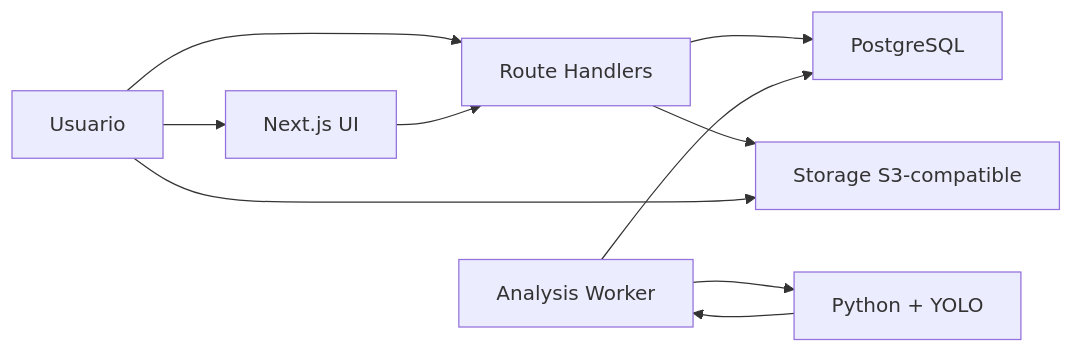
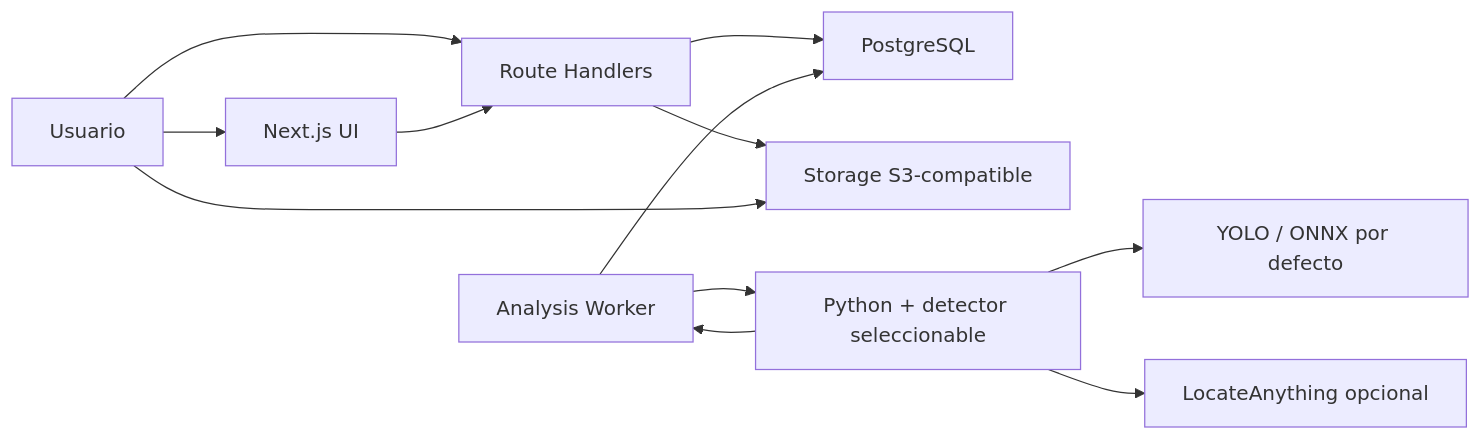
The diagram in docs/ARCHITECTURE.md (ceshez/DRIVXIS-Plataforma-de-analisis-de-futbol), drawn with Mermaid before and after one commit. The commit also changed 134 other files, not shown here.

````diff
--- a/docs/ARCHITECTURE.md
+++ b/docs/ARCHITECTURE.md
@@ -93,12 +93,14 @@
 ```mermaid
 flowchart LR
   U[Usuario] --> W[Next.js UI]
   U --> API[Route Handlers]
   W --> API
   API --> DB[PostgreSQL]
   API --> S3[Storage S3-compatible]
   U --> S3
   Worker[Analysis Worker] --> DB
-  Worker --> PY[Python + YOLO]
+  Worker --> PY[Python + detector seleccionable]
+  PY --> YOLO[YOLO / ONNX por defecto]
+  PY --> LA[LocateAnything opcional]
   PY --> Worker
 ```
````
